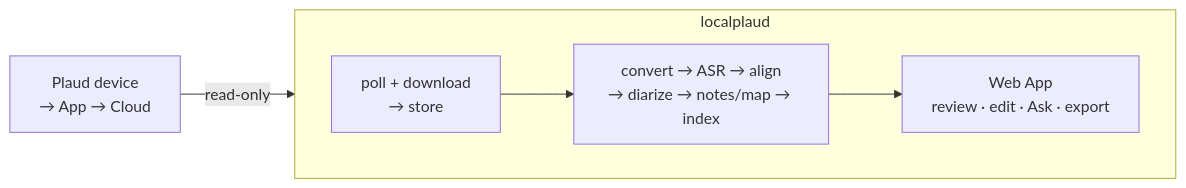
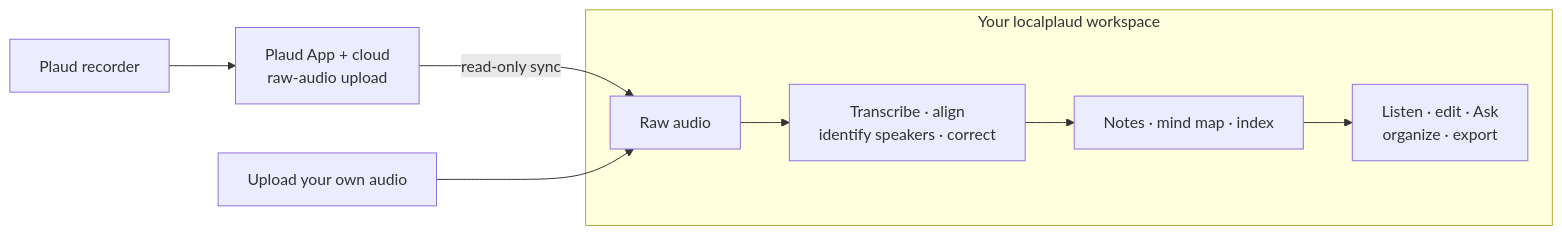
One commit to skyhong2002/localplaud changed the diagram in README.md. Above: the diagram before and after it, drawn with Mermaid. The commit also changed other lines of this file and 10 other files, not shown here.

````diff
--- a/README.md
+++ b/README.md
@@ -121,10 +76,12 @@
 ```mermaid
 flowchart LR
-    plaud["Plaud device<br/>→ App → Cloud"] -->|"read-only"| ingest
+    recorder["Plaud recorder"] --> app["Plaud App + cloud<br/>raw-audio upload"]
+    app -->|"read-only sync"| audio
+    upload["Upload your own audio"] --> audio
 
-    subgraph localplaud["localplaud"]
-        direction LR
-        ingest["poll + download<br/>→ store"] --> worker["convert → ASR → align<br/>→ diarize → notes/map → index"]
-        worker --> web["Web App<br/>review · edit · Ask · export"]
+    subgraph localplaud["Your localplaud workspace"]
+        audio["Raw audio"] --> transcript["Transcribe · align<br/>identify speakers · correct"]
+        transcript --> knowledge["Notes · mind map · index"]
+        knowledge --> use["Listen · edit · Ask<br/>organize · export"]
     end
 ```
````
